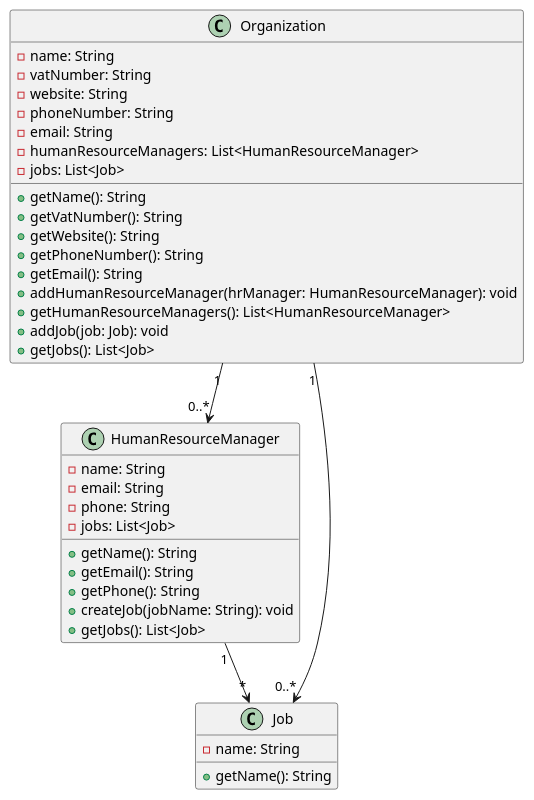
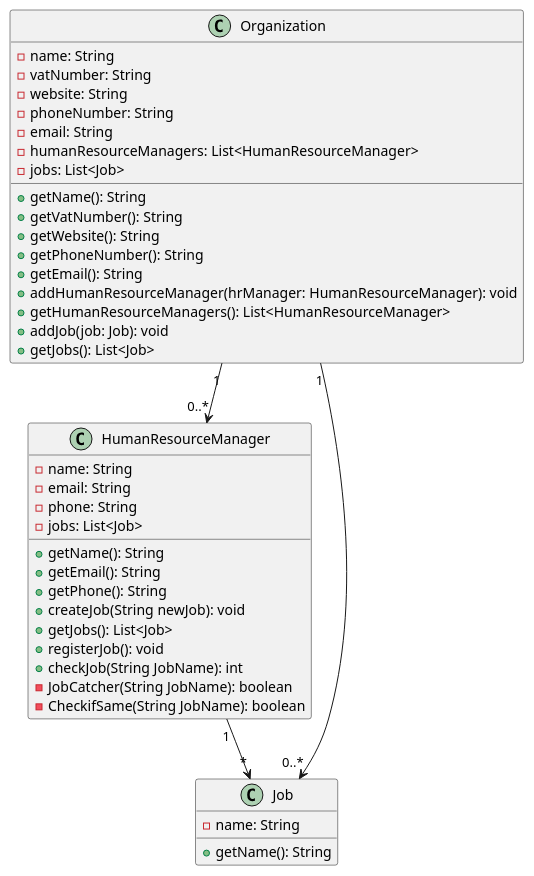
The diagram in docs/sprintB/us02/03.design/puml/US02.puml (yusufyilmaz00/Integral-Project-ISEP), drawn with PlantUML before and after one commit. The commit also changed 4 other files, not shown here.

```diff
--- a/docs/sprintB/us02/03.design/puml/US02.puml
+++ b/docs/sprintB/us02/03.design/puml/US02.puml
@@ -1,42 +1,46 @@
 @startuml
 
 class Organization {
     - name: String
     - vatNumber: String
     - website: String
     - phoneNumber: String
     - email: String
     - humanResourceManagers: List<HumanResourceManager>
     - jobs: List<Job>
     + getName(): String
     + getVatNumber(): String
     + getWebsite(): String
     + getPhoneNumber(): String
     + getEmail(): String
     + addHumanResourceManager(hrManager: HumanResourceManager): void
     + getHumanResourceManagers(): List<HumanResourceManager>
     + addJob(job: Job): void
     + getJobs(): List<Job>
 }
 
 class HumanResourceManager {
     - name: String
     - email: String
     - phone: String
     - jobs: List<Job>
     + getName(): String
     + getEmail(): String
     + getPhone(): String
-    + createJob(jobName: String): void
+    + createJob(String newJob): void
     + getJobs(): List<Job>
+    + registerJob(): void
+    + checkJob(String JobName): int
+    - JobCatcher(String JobName): boolean
+    - CheckifSame(String JobName): boolean
 }
 
 class Job {
     - name: String
     + getName(): String
 }
 
 Organization "1" --> "0..*" HumanResourceManager
 HumanResourceManager "1" --> "*" Job
 Organization "1" --> "0..*" Job
 @enduml
```
